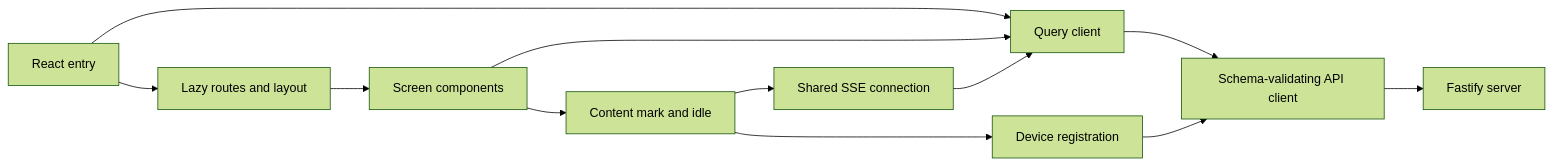
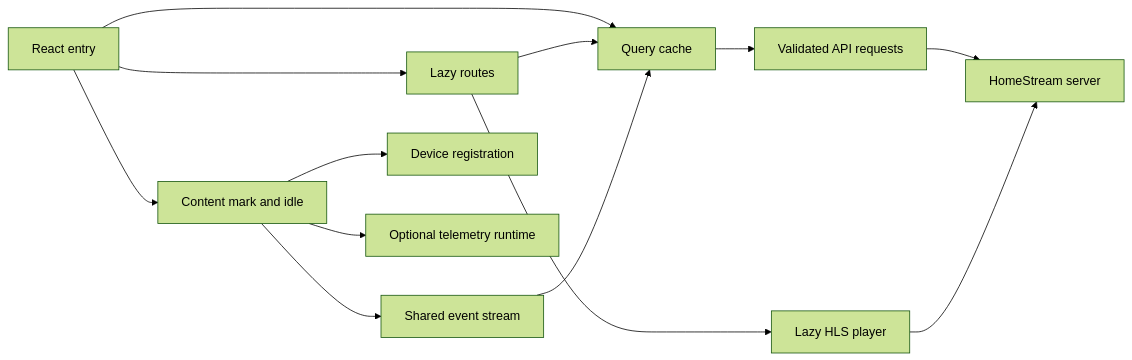
One commit to VeroxAUS/homestream changed the diagram in droid-wiki/apps/web/index.md. Above: the diagram before and after it, drawn with Mermaid (forest theme). The commit also changed other lines of this file and 57 other files, not shown here.

````diff
--- a/droid-wiki/apps/web/index.md
+++ b/droid-wiki/apps/web/index.md
@@ -46,14 +24,15 @@
 ```mermaid
 graph LR
-    Entry[React entry] --> Cache[Query client]
-    Entry --> Router[Lazy routes and layout]
-    Router --> Screens[Screen components]
-    Screens --> Cache
-    Cache --> API[Schema-validating API client]
-    API --> Server[Fastify server]
-    Screens --> Mark[Content mark and idle]
-    Mark --> Events[Shared SSE connection]
-    Events --> Cache
-    Mark --> Device[Device registration]
-    Device --> API
+    Entry[React entry] --> Routes[Lazy routes]
+    Entry --> Query[Query cache]
+    Routes --> Query
+    Query --> API[Validated API requests]
+    API --> Server[HomeStream server]
+    Routes --> Player[Lazy HLS player]
+    Player --> Server
+    Entry --> Deferred[Content mark and idle]
+    Deferred --> SSE[Shared event stream]
+    SSE --> Query
+    Deferred --> Device[Device registration]
+    Deferred --> Telemetry[Optional telemetry runtime]
 ```
````
